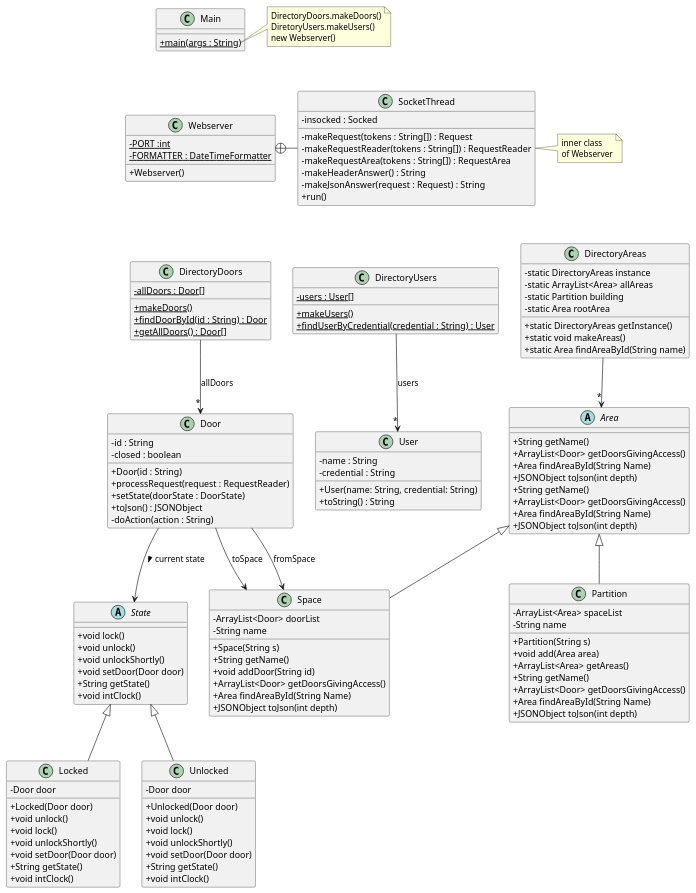
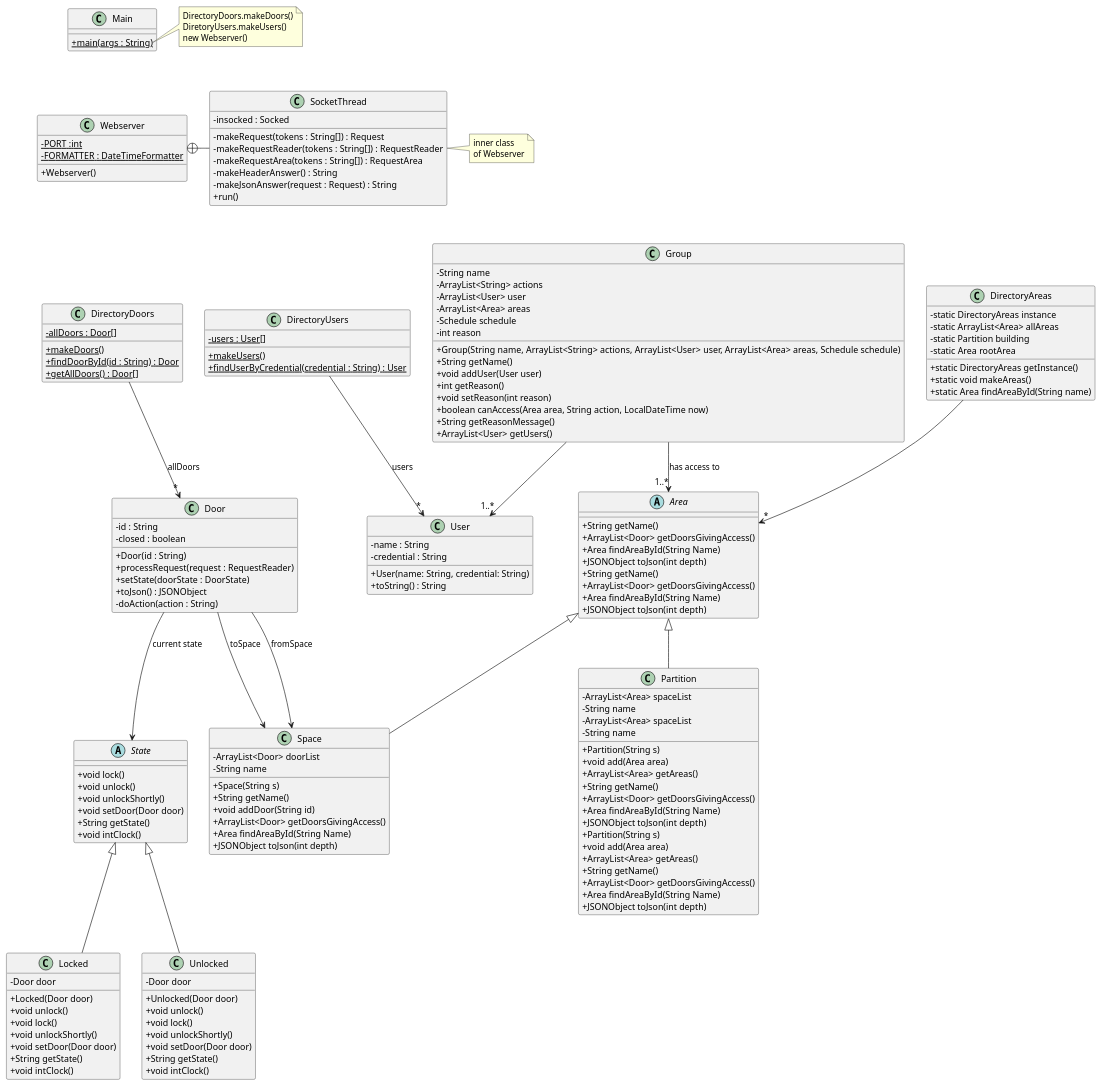
Before and after one commit to Mura894/acs_students_grup41: the diagram in src/baseNoStates/uml/base_no_states.puml, drawn with PlantUML.

Commit message:
puml actualitzat

```diff
--- a/src/baseNoStates/uml/base_no_states.puml
+++ b/src/baseNoStates/uml/base_no_states.puml
@@ -1,165 +1,194 @@
 @startuml
 'https://plantuml.com/class-diagram
 skinparam classAttributeIconSize 0
 
 class Webserver {
 - {static} PORT :int
 - {static} FORMATTER : DateTimeFormatter
 + Webserver()
 }
 
 class SocketThread {
 - insocked : Socked
 - makeRequest(tokens : String[]) : Request
 - makeRequestReader(tokens : String[]) : RequestReader
 - makeRequestArea(tokens : String[]) : RequestArea
 - makeHeaderAnswer() : String
 - makeJsonAnswer(request : Request) : String
 + run()
 }
 
 Webserver +-right- SocketThread
 
 note right of SocketThread
 inner class
 of Webserver
 end note
 
 class DirectoryDoors {
 - {static} allDoors : Door[]
 + {static} makeDoors()
 + {static} findDoorById(id : String) : Door
 + {static} getAllDoors() : Door[]
 }
 
 DirectoryDoors --> "*" Door : "allDoors"
 
 class DirectoryUsers {
 - {static} users : User[]
 + {static} makeUsers()
 + {static} findUserByCredential(credential : String) : User
 }
 
 DirectoryUsers --> "*" User : "users"
 
 class Door {
 - id : String
 - closed : boolean
 + Door(id : String)
 + processRequest(request : RequestReader)
 + setState(doorState : DoorState)
 + toJson() : JSONObject
 '+ toString() : String
 '+ isClosed() :boolean
 '+ setClosed(b : boolean)
 '+ getStateName() : String
 - doAction(action : String)
 }
 
 
 abstract class State {
     + void lock()
     + void unlock()
     + void unlockShortly()
     + void setDoor(Door door)
     + String getState()
     + void intClock()
 }
 class Locked {
     - Door door
     + Locked(Door door)
     + void unlock()
     + void lock()
     + void unlockShortly()
     + void setDoor(Door door)
     + String getState()
     + void intClock()
 }
 class Unlocked {
     - Door door
     + Unlocked(Door door)
     + void unlock()
     + void lock()
     + void unlockShortly()
     + void setDoor(Door door)
     + String getState()
     + void intClock()
 }
 ' Abstract class declaration
 abstract class Area {
     + String getName()
     + ArrayList<Door> getDoorsGivingAccess()
     + Area findAreaById(String Name)
     + JSONObject toJson(int depth)
 }
 ' Abstract Component
 abstract class Area {
     + String getName()
     + ArrayList<Door> getDoorsGivingAccess()
     + Area findAreaById(String Name)
     + JSONObject toJson(int depth)
 }
 
 class DirectoryAreas {
     - static DirectoryAreas instance
     - static ArrayList<Area> allAreas
     - static Partition building
     - static Area rootArea
     + static DirectoryAreas getInstance()
     + static void makeAreas()
     + static Area findAreaById(String name)
 }
 ' Leaf
 class Space extends Area {
     - ArrayList<Door> doorList
     - String name
     + Space(String s)
     + String getName()
     + void addDoor(String id)
     + ArrayList<Door> getDoorsGivingAccess()
     + Area findAreaById(String Name)
     + JSONObject toJson(int depth)
 }
+class Partition {
+    - ArrayList<Area> spaceList
+    - String name
+    + Partition(String s)
+    + void add(Area area)
+    + ArrayList<Area> getAreas()
+    + String getName()
+    + ArrayList<Door> getDoorsGivingAccess()
+    + Area findAreaById(String Name)
+    + JSONObject toJson(int depth)
+}
 
 ' Composite
 class Partition extends Area {
     - ArrayList<Area> spaceList
     - String name
     + Partition(String s)
     + void add(Area area)
     + ArrayList<Area> getAreas()
     + String getName()
     + ArrayList<Door> getDoorsGivingAccess()
     + Area findAreaById(String Name)
     + JSONObject toJson(int depth)
 }
 
 class User {
 - name : String
 - credential : String
 + User(name: String, credential: String)
 + toString() : String
 }
+class Group {
+    - String name
+    - ArrayList<String> actions
+    - ArrayList<User> user
+    - ArrayList<Area> areas
+    - Schedule schedule
+    - int reason
+    + Group(String name, ArrayList<String> actions, ArrayList<User> user, ArrayList<Area> areas, Schedule schedule)
+    + String getName()
+    + void addUser(User user)
+    + int getReason()
+    + void setReason(int reason)
+    + boolean canAccess(Area area, String action, LocalDateTime now)
+    + String getReasonMessage()
+    + ArrayList<User> getUsers()
+}
 
 Door --> Space : "fromSpace"
 Door --> Space : "toSpace"
 DirectoryAreas -->"*" Area
-Door --> State : current state >
+Door --> State : current state
 State <|-- Locked
 State <|-- Unlocked
+Group --> "1..*" User
+Group --> "1..*" Area : has access to
 
 
 class Main {
 + {static} main(args : String)
 }
 
 note right of Main::main
 DirectoryDoors.makeDoors()
 DiretoryUsers.makeUsers()
 new Webserver()
 end note
 
 Main -[hidden]down- Webserver
 Webserver -[hidden]down- DirectoryDoors
 DirectoryDoors -[hidden]right- DirectoryUsers
 @enduml
```
